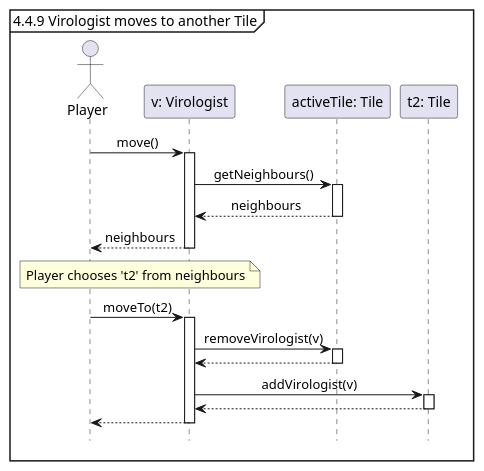
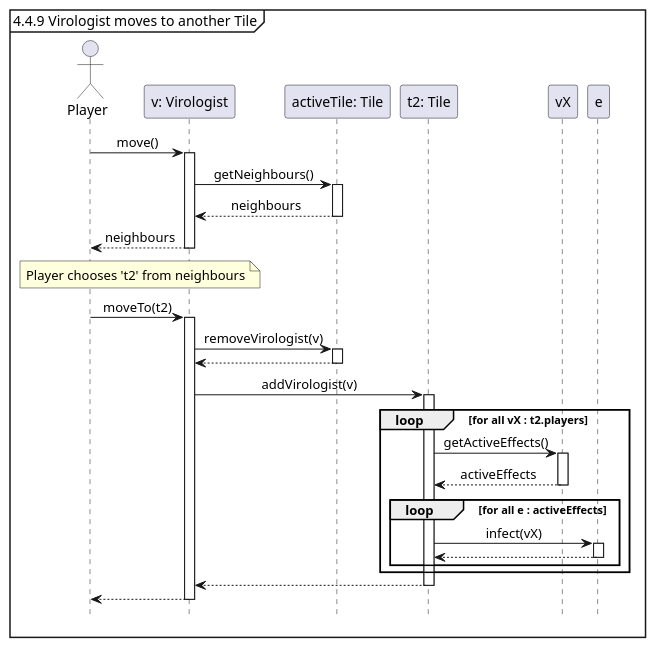
Before and after one commit to Tschonti/503-service-unavailable: the diagram in docs/seqDiagrams/08playerMove.puml, drawn with PlantUML. The commit also changed 6 other files, not shown here.

```diff
--- a/docs/seqDiagrams/08playerMove.puml
+++ b/docs/seqDiagrams/08playerMove.puml
@@ -1,24 +1,32 @@
 @startuml
 'https://plantuml.com/sequence-diagram
 hide footbox
 skinparam sequenceMessageAlign center
 
 mainframe 4.4.9 Virologist moves to another Tile
 
 actor Player as p
 participant "v: Virologist" as v
 participant "activeTile: Tile" as t1
 participant "t2: Tile" as t2
 
 p -> v++ : move()
     v -> t1 ++ : getNeighbours()
     return neighbours
 return neighbours
 note over p,v: Player chooses 't2' from neighbours
 p -> v ++: moveTo(t2)
     v -> t1 ++ : removeVirologist(v)
     return
     v -> t2 ++ : addVirologist(v)
+        loop for all vX : t2.players
+            t2 -> vX ++ : getActiveEffects()
+            return activeEffects
+            loop for all e : activeEffects
+                t2 -> e ++ : infect(vX)
+                return
+            end
+        end
     return
 return
 @enduml
```
